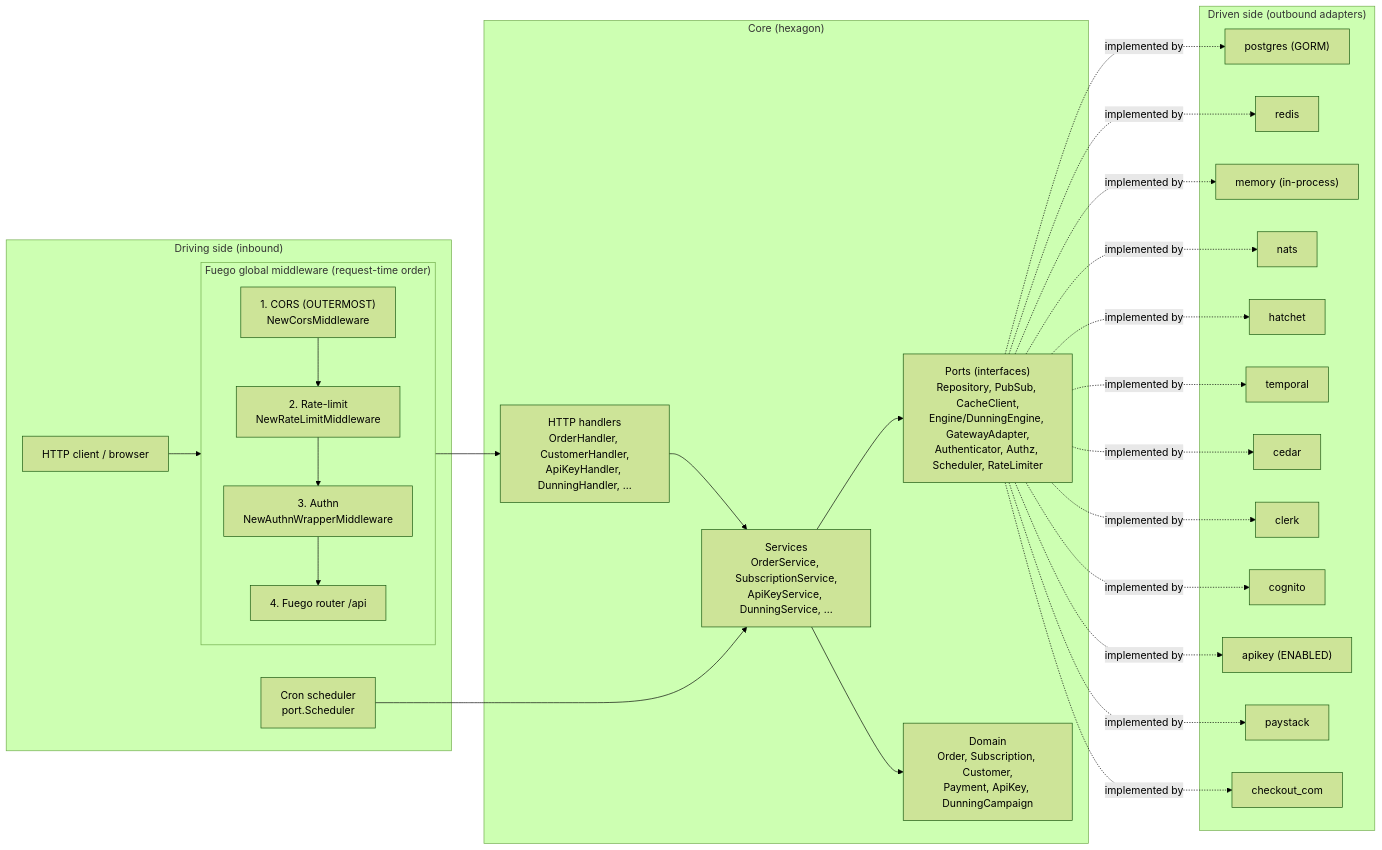
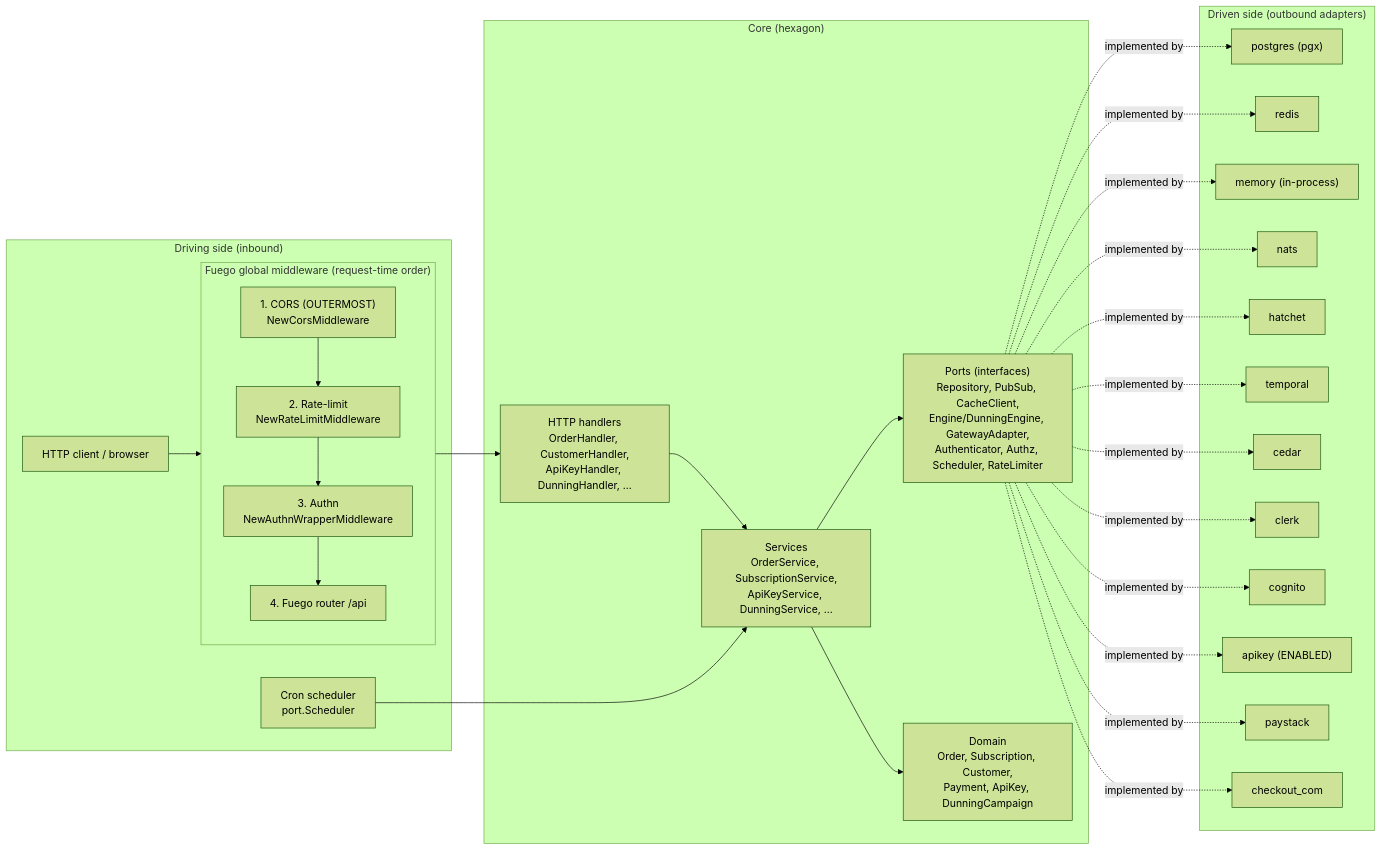
The first of 2 diagrams in docs/architecture/system-hexagonal.md (getpaidhqco/getpaidhq), drawn with Mermaid (forest theme) before and after one commit. The commit also changed 114 other files, not shown here.

First line of the commit message:
refactor: remove GORM adapter, pgx only #68

````diff
--- a/docs/architecture/system-hexagonal.md
+++ b/docs/architecture/system-hexagonal.md
@@ -12,57 +12,57 @@
 ```mermaid
 flowchart LR
     subgraph driving["Driving side (inbound)"]
         client["HTTP client / browser"]
         cron["Cron scheduler<br/>port.Scheduler"]
 
         subgraph chain["Fuego global middleware (request-time order)"]
             direction TB
             cors["1. CORS (OUTERMOST)<br/>NewCorsMiddleware"]
             rl["2. Rate-limit<br/>NewRateLimitMiddleware"]
             authn["3. Authn<br/>NewAuthnWrapperMiddleware"]
             router["4. Fuego router /api"]
             cors --> rl --> authn --> router
         end
     end
 
     subgraph core["Core (hexagon)"]
         handlers["HTTP handlers<br/>OrderHandler, CustomerHandler,<br/>ApiKeyHandler, DunningHandler, ..."]
         services["Services<br/>OrderService, SubscriptionService,<br/>ApiKeyService, DunningService, ..."]
         ports["Ports (interfaces)<br/>Repository, PubSub, CacheClient,<br/>Engine/DunningEngine, GatewayAdapter,<br/>Authenticator, Authz, Scheduler, RateLimiter"]
         domain["Domain<br/>Order, Subscription, Customer,<br/>Payment, ApiKey, DunningCampaign"]
         handlers --> services --> domain
         services --> ports
     end
 
     subgraph driven["Driven side (outbound adapters)"]
-        postgres["postgres (GORM)"]
+        postgres["postgres (pgx)"]
         redis["redis"]
         memory["memory (in-process)"]
         nats["nats"]
         hatchet["hatchet"]
         temporal["temporal"]
         cedar["cedar"]
         clerk["clerk"]
         cognito["cognito"]
         apikey["apikey (ENABLED)"]
         paystack["paystack"]
         checkout["checkout_com"]
     end
 
     client --> cors
     cron --> services
     router --> handlers
 
     ports -.implemented by.-> postgres
     ports -.implemented by.-> redis
     ports -.implemented by.-> memory
     ports -.implemented by.-> nats
     ports -.implemented by.-> hatchet
     ports -.implemented by.-> temporal
     ports -.implemented by.-> cedar
     ports -.implemented by.-> clerk
     ports -.implemented by.-> cognito
     ports -.implemented by.-> apikey
     ports -.implemented by.-> paystack
     ports -.implemented by.-> checkout
 ```
````
